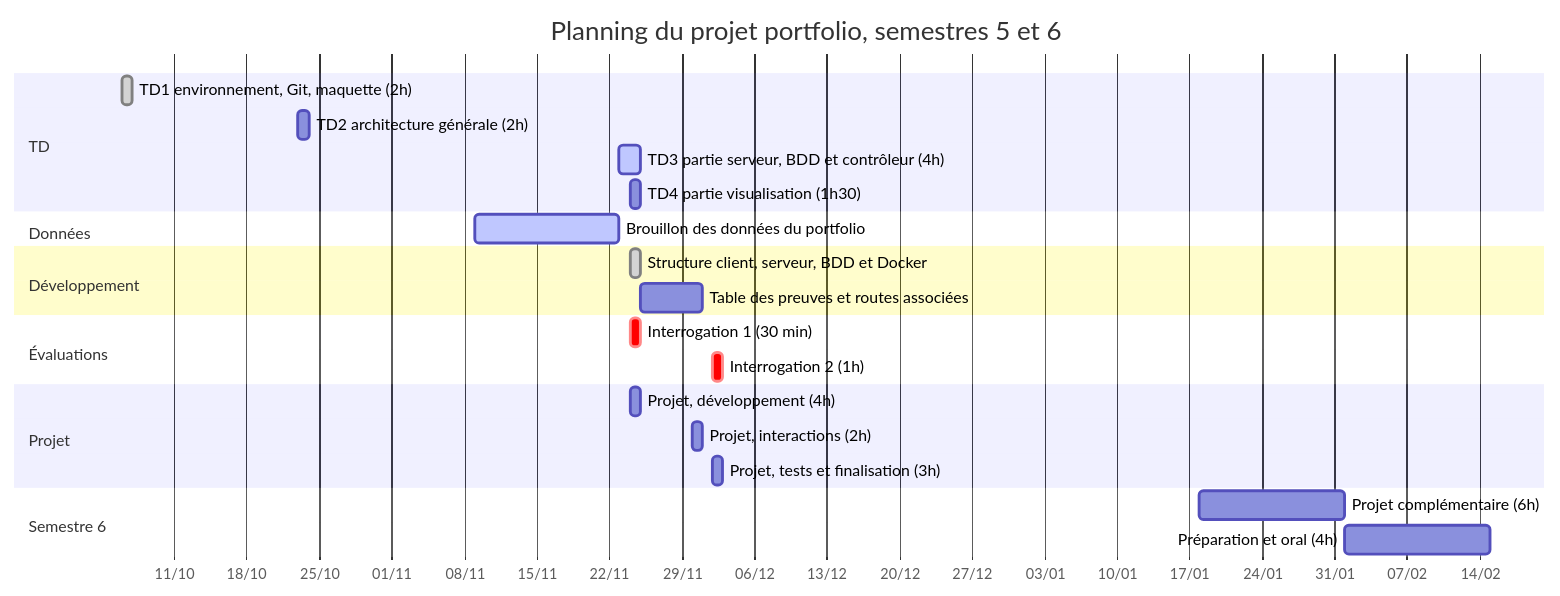
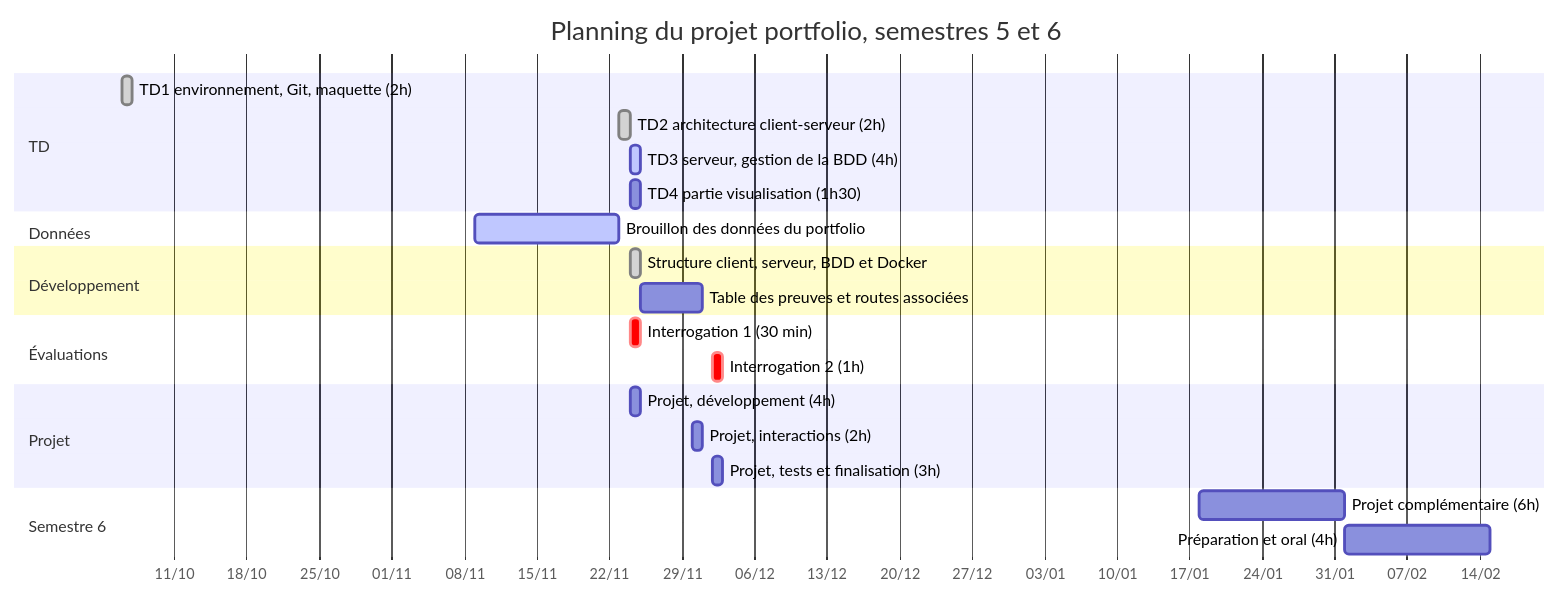
Before and after one commit to chicwww/Data-Science-Project-: the diagram in AVANCEMENT.md, drawn with Mermaid. The commit also changed other lines of this file, not shown here.

````diff
--- a/AVANCEMENT.md
+++ b/AVANCEMENT.md
@@ -25,26 +25,26 @@
 ```mermaid
 gantt
     title Planning du projet portfolio, semestres 5 et 6
     dateFormat YYYY-MM-DD
     axisFormat %d/%m
     section TD
     TD1 environnement, Git, maquette (2h)      :done,   td1, 2026-10-06, 1d
-    TD2 architecture générale (2h)             :        td2, 2026-10-23, 1d
-    TD3 partie serveur, BDD et contrôleur (4h) :active, td3, 2026-11-23, 2d
+    TD2 architecture client-serveur (2h)       :done,   td2, 2026-11-23, 1d
+    TD3 serveur, gestion de la BDD (4h)        :active, td3, 2026-11-24, 1d
     TD4 partie visualisation (1h30)            :        td4, 2026-11-24, 1d
     section Données
     Brouillon des données du portfolio         :active, d1, 2026-11-09, 14d
     section Développement
     Structure client, serveur, BDD et Docker   :done,   dev1, 2026-11-24, 1d
     Table des preuves et routes associées      :        dev2, after dev1, 6d
     section Évaluations
     Interrogation 1 (30 min)                   :crit,   i1, 2026-11-24, 1d
     Interrogation 2 (1h)                       :crit,   i2, 2026-12-02, 1d
     section Projet
     Projet, développement (4h)                 :        p1, 2026-11-24, 1d
     Projet, interactions (2h)                  :        p2, 2026-11-30, 1d
     Projet, tests et finalisation (3h)         :        p3, 2026-12-02, 1d
     section Semestre 6
     Projet complémentaire (6h)                 :        s6a, 2027-01-18, 14d
     Préparation et oral (4h)                   :        s6b, after s6a, 14d
 ```
````
